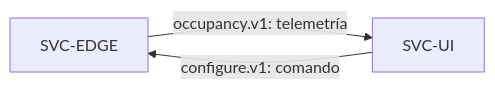
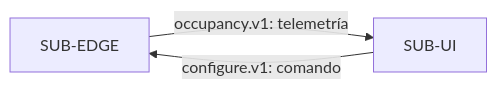
The fifth of 5 diagrams in methodology/V-SIL-v3/S1_G1_template.md (dramirezbe/codeanvil-gcpds), drawn with Mermaid before and after one commit. The commit also changed other lines of this file and 30 other files, not shown here.

````diff
--- a/methodology/V-SIL-v3/S1_G1_template.md
+++ b/methodology/V-SIL-v3/S1_G1_template.md
@@ -558,5 +558,5 @@
 ```mermaid
 flowchart LR
-    EDGE["SVC-EDGE"] -->|"occupancy.v1: telemetría"| UI["SVC-UI"]
+    EDGE["SUB-EDGE"] -->|"occupancy.v1: telemetría"| UI["SUB-UI"]
     UI -->|"configure.v1: comando"| EDGE
 ```
````
